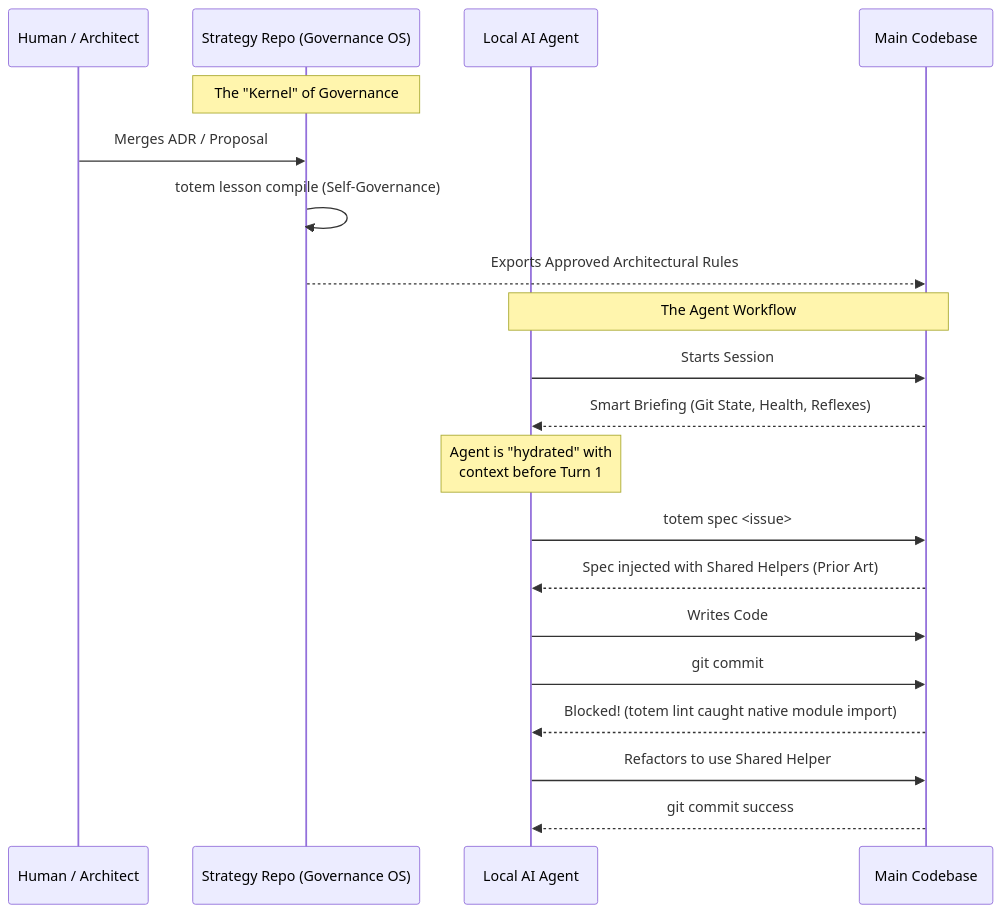
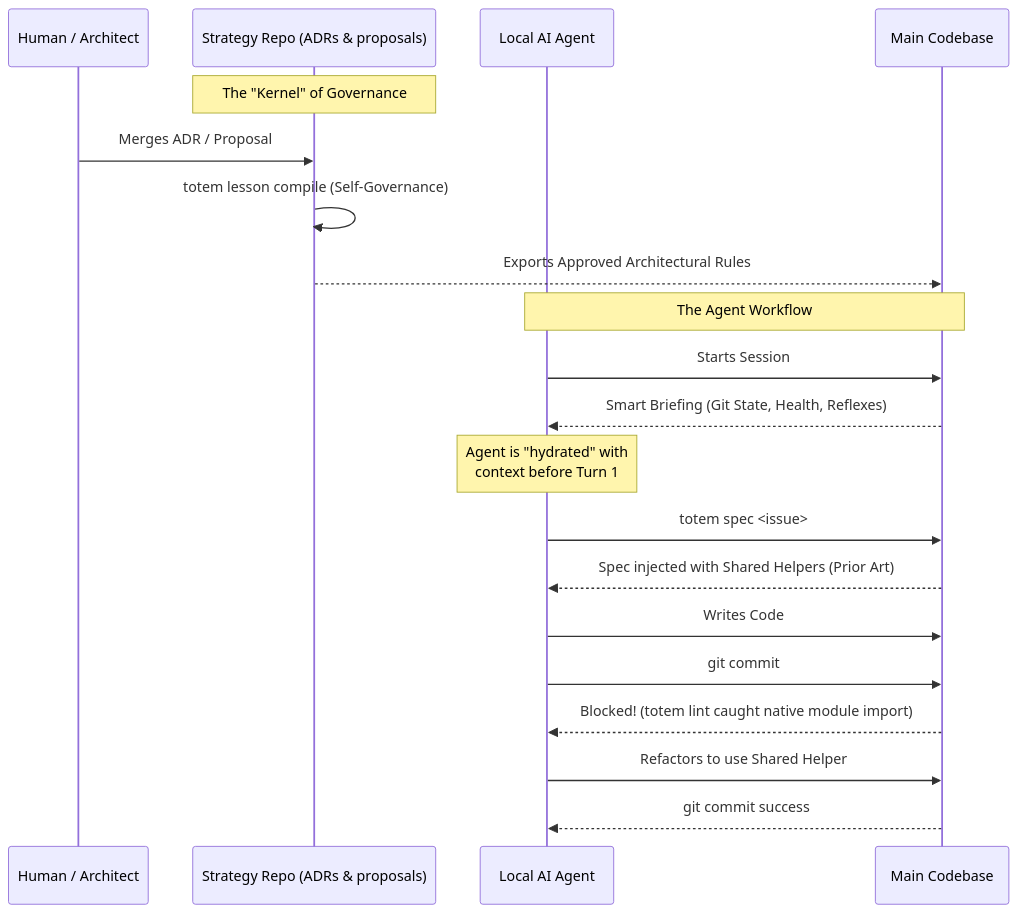
The second of 5 diagrams in docs/reference/architecture.md (mmnto-ai/totem), drawn with Mermaid before and after one commit. The commit also changed other lines of this file and 18 other files, not shown here.

````diff
--- a/docs/reference/architecture.md
+++ b/docs/reference/architecture.md
@@ -55,26 +55,26 @@
 ```mermaid
 sequenceDiagram
     participant Dev as Human / Architect
-    participant Strategy as Strategy Repo (Governance OS)
+    participant Strategy as Strategy Repo (ADRs & proposals)
     participant Agent as Local AI Agent
     participant Product as Main Codebase
 
     Note over Strategy: The "Kernel" of Governance
     Dev->>Strategy: Merges ADR / Proposal
     Strategy->>Strategy: totem lesson compile (Self-Governance)
     Strategy-->>Product: Exports Approved Architectural Rules
 
     Note over Agent, Product: The Agent Workflow
     Agent->>Product: Starts Session
     Product-->>Agent: Smart Briefing (Git State, Health, Reflexes)
     Note over Agent: Agent is "hydrated" with<br/>context before Turn 1
 
     Agent->>Product: totem spec <issue>
     Product-->>Agent: Spec injected with Shared Helpers (Prior Art)
 
     Agent->>Product: Writes Code
     Agent->>Product: git commit
     Product-->>Agent: Blocked! (totem lint caught native module import)
     Agent->>Product: Refactors to use Shared Helper
     Product-->>Agent: git commit success
 ```
````
